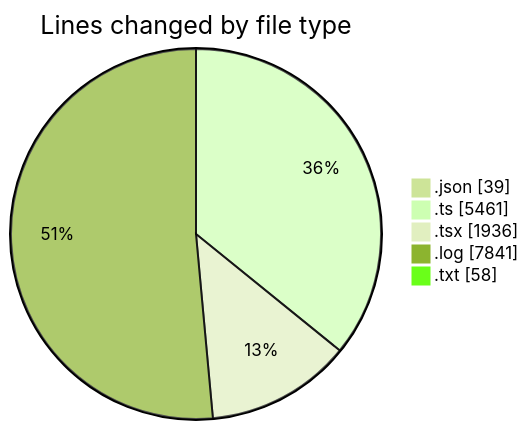
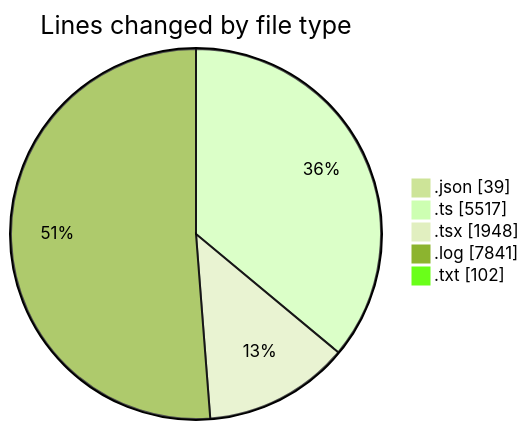
One commit to lephambinh05/code-tracking changed the first of 2 diagrams in 2025-09-13/napxuvn/README.md. Above: the diagram before and after it, drawn with Mermaid (forest theme). The commit also changed other lines of this file and 1 other file, not shown here.

````diff
--- a/2025-09-13/napxuvn/README.md
+++ b/2025-09-13/napxuvn/README.md
@@ -58,9 +59,9 @@
 ```mermaid
 pie showData
 title Lines changed by file type
 ".json" : 39
-".ts" : 5461
-".tsx" : 1936
+".ts" : 5517
+".tsx" : 1948
 ".log" : 7841
-".txt" : 58
+".txt" : 102
 ```
````
